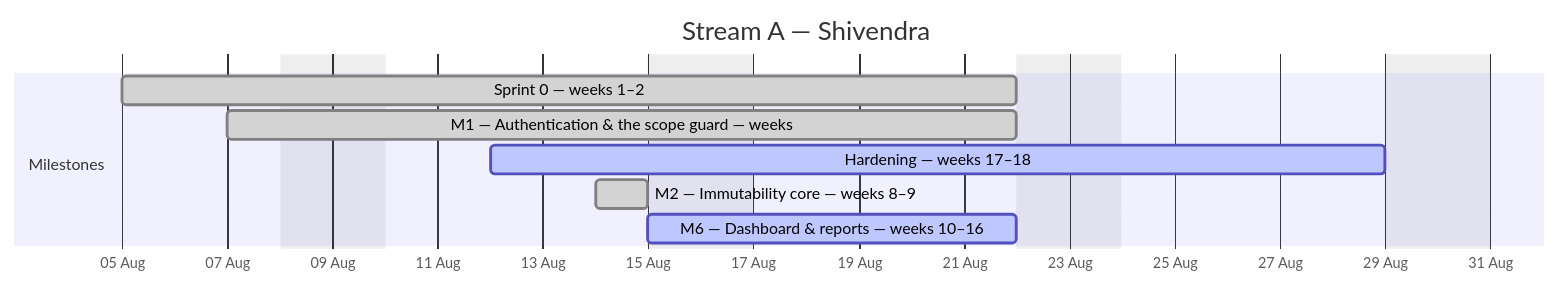
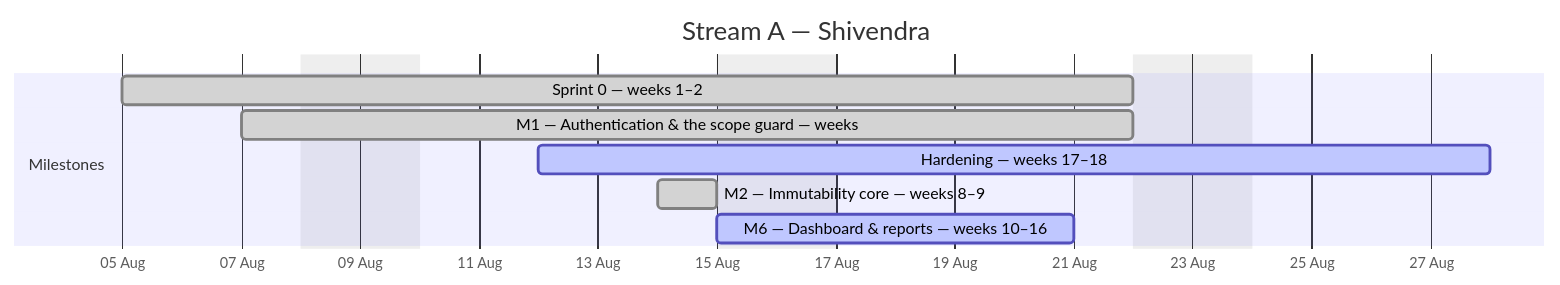
One commit to debashisedunext/EduTrack changed the first of 4 diagrams in docs/plan/GANTT.md. Above: the diagram before and after it, drawn with Mermaid. The commit also changed other lines of this file and 3 other files, not shown here.

````diff
--- a/docs/plan/GANTT.md
+++ b/docs/plan/GANTT.md
@@ -86,13 +86,13 @@
 ```mermaid
 gantt
     dateFormat YYYY-MM-DD
     axisFormat %d %b
     title Stream A — Shivendra
     excludes weekends
     section Milestones
     Sprint 0 — weeks 1–2 :done, a0, 2026-08-05, 13d
     M1 — Authentication & the scope guard — weeks :done, a1, 2026-08-07, 11d
-    Hardening — weeks 17–18 :active, a2, 2026-08-12, 13d
+    Hardening — weeks 17–18 :active, a2, 2026-08-12, 12d
     M2 — Immutability core — weeks 8–9 :done, a3, 2026-08-14, 1d
-    M6 — Dashboard & reports — weeks 10–16 :active, a4, 2026-08-15, 6d
+    M6 — Dashboard & reports — weeks 10–16 :active, a4, 2026-08-15, 5d
 ```
````
